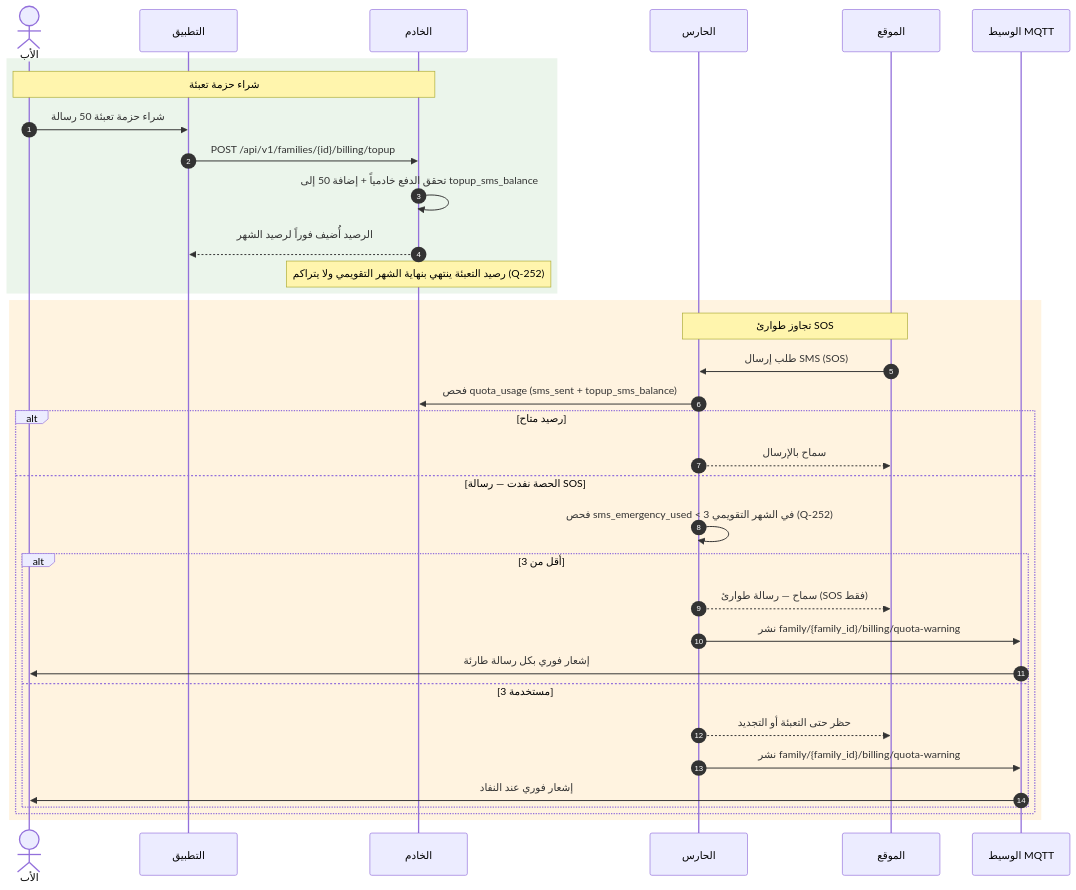
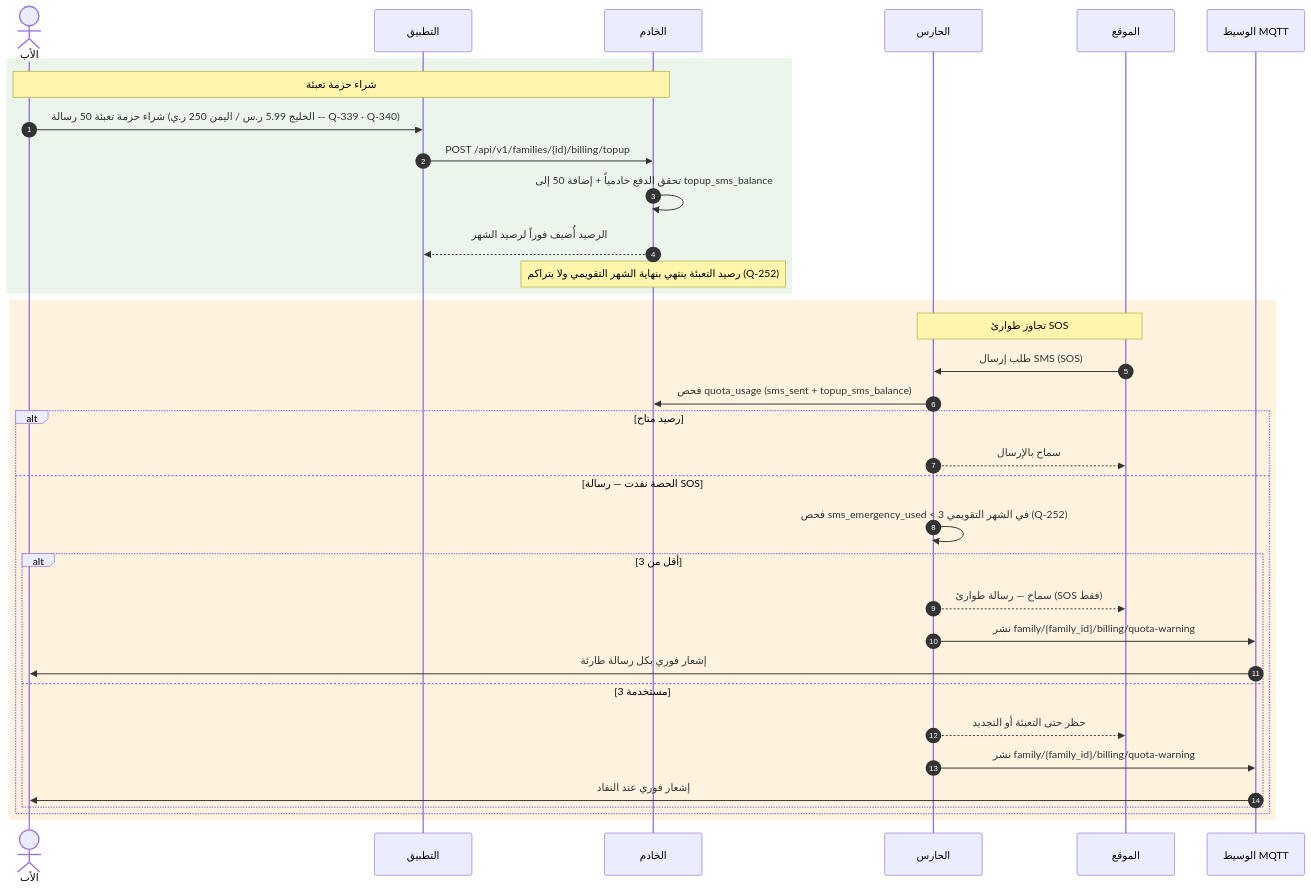
One commit to Bassam-mohammed-alqaeadi/family-os-v2 changed the fifth of 14 diagrams in docs/family-os/governance/phases/phase-1/S1-04-plans-and-subscriptions/DIAGRAMS.md. Above: the diagram before and after it, drawn with Mermaid. The commit also changed other lines of this file, not shown here.

Commit message:
S1-04 DIAGRAMS: إصلاحات D-2 — أسعار اليمن D-11 (Q-341/Q-342) + تعبئة 5.99/250 (Q-339/Q-340)؛ ميزانيات الذكاء D-10 + سقف $200 + مفتاح إيقاف المسؤول 3-ط (Q-335…Q-338)؛ وسم REQ-019؛ خطوة التجديد plan/renew في 3-د/§4؛ رسم نقاط §4 النثرية كحواف؛ ترويسة (إزالة تكرار Q-260)

````diff
--- a/docs/family-os/governance/phases/phase-1/S1-04-plans-and-subscriptions/DIAGRAMS.md
+++ b/docs/family-os/governance/phases/phase-1/S1-04-plans-and-subscriptions/DIAGRAMS.md
@@ -257,37 +257,37 @@
 ```mermaid
 sequenceDiagram
     autonumber
     actor Father as الأب
     participant App as التطبيق
     participant Ktor as الخادم
     participant Guard as الحارس
     participant S107 as الموقع
     participant Broker as الوسيط MQTT
     rect rgb(235, 245, 235)
         Note over Father,Ktor: شراء حزمة تعبئة
-        Father->>App: شراء حزمة تعبئة 50 رسالة
+        Father->>App: شراء حزمة تعبئة 50 رسالة (الخليج 5.99 ر.س / اليمن 250 ر.ي — Q-339 · Q-340)
         App->>Ktor: POST /api/v1/families/{id}/billing/topup
         Ktor->>Ktor: تحقق الدفع خادمياً + إضافة 50 إلى topup_sms_balance
         Ktor-->>App: الرصيد أُضيف فوراً لرصيد الشهر
         Note over Ktor: رصيد التعبئة ينتهي بنهاية الشهر التقويمي ولا يتراكم (Q-252)
     end
     rect rgb(255, 243, 224)
         Note over S107,Guard: تجاوز طوارئ SOS
         S107->>Guard: طلب إرسال SMS (SOS)
         Guard->>Ktor: فحص quota_usage (sms_sent + topup_sms_balance)
         alt رصيد متاح
             Guard-->>S107: سماح بالإرسال
         else الحصة نفدت — رسالة SOS
             Guard->>Guard: فحص sms_emergency_used < 3 في الشهر التقويمي (Q-252)
             alt أقل من 3
                 Guard-->>S107: سماح — رسالة طوارئ (SOS فقط)
                 Guard->>Broker: نشر family/{family_id}/billing/quota-warning
                 Broker->>Father: إشعار فوري بكل رسالة طارئة
             else 3 مستخدمة
                 Guard-->>S107: حظر حتى التعبئة أو التجديد
                 Guard->>Broker: نشر family/{family_id}/billing/quota-warning
                 Broker->>Father: إشعار فوري عند النفاد
             end
         end
     end
 ```
````
